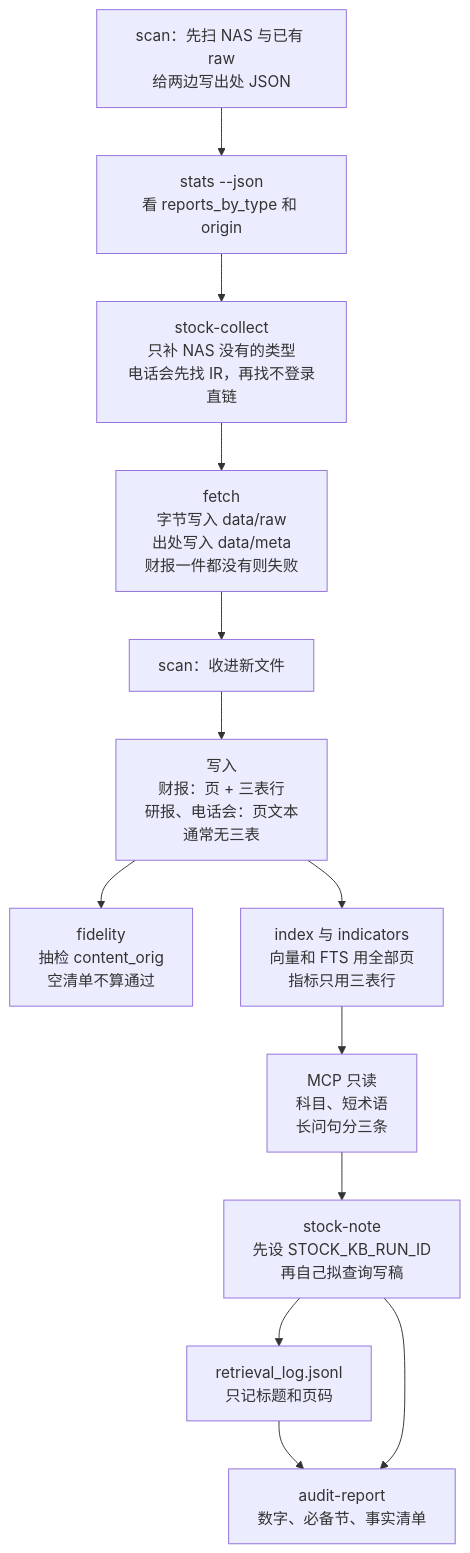
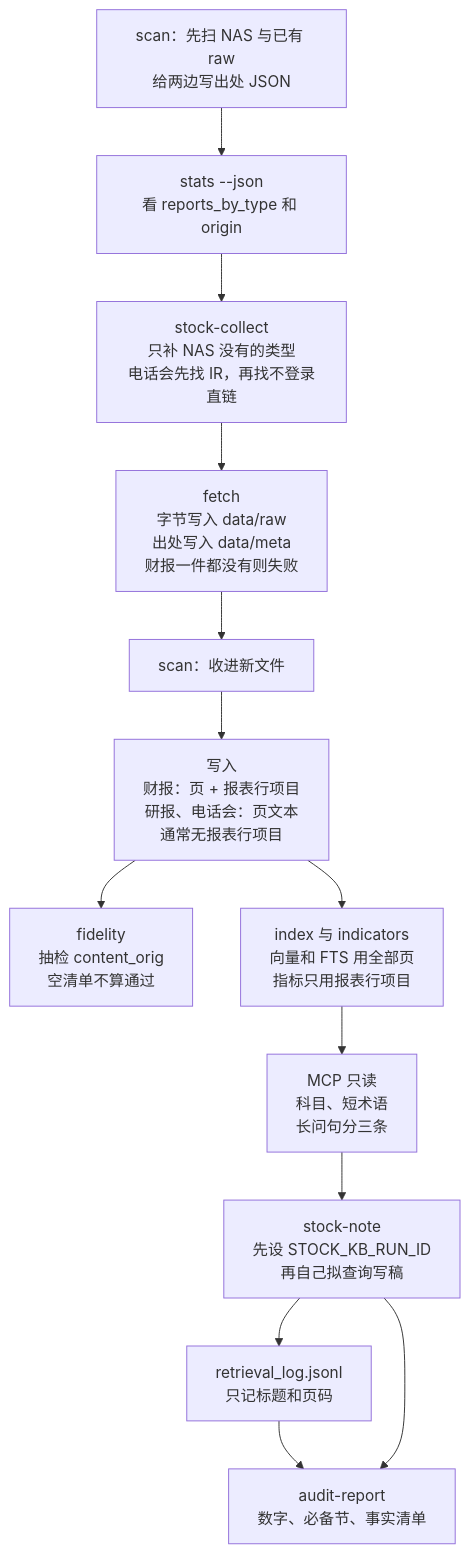
One commit to lyfxxxx/stock-kb changed the second of 5 diagrams in docs/report-system.md. Above: the diagram before and after it, drawn with Mermaid. The commit also changed other lines of this file and 13 other files, not shown here.

First line of the commit message:
feat(eval): 回归门禁扩至 15 项，按查询意图分派融合权重与重排

````diff
--- a/docs/report-system.md
+++ b/docs/report-system.md
@@ -73,20 +73,20 @@
 ```mermaid
 flowchart TB
   scanNas[scan：先扫 NAS 与已有 raw<br/>给两边写出处 JSON]
   stats[stats --json<br/>看 reports_by_type 和 origin]
   collect[stock-collect<br/>只补 NAS 没有的类型<br/>电话会先找 IR，再找不登录直链]
   fetch[fetch<br/>字节写入 data/raw<br/>出处写入 data/meta<br/>财报一件都没有则失败]
   scanIn[scan：收进新文件]
-  store[写入<br/>财报：页 + 三表行<br/>研报、电话会：页文本<br/>通常无三表]
+  store[写入<br/>财报：页 + 报表行项目<br/>研报、电话会：页文本<br/>通常无报表行项目]
   fid[fidelity<br/>抽检 content_orig<br/>空清单不算通过]
-  index[index 与 indicators<br/>向量和 FTS 用全部页<br/>指标只用三表行]
+  index[index 与 indicators<br/>向量和 FTS 用全部页<br/>指标只用报表行项目]
   mcp[MCP 只读<br/>科目、短术语<br/>长问句分三条]
   draft[stock-note<br/>先设 STOCK_KB_RUN_ID<br/>再自己拟查询写稿]
   qlog[retrieval_log.jsonl<br/>只记标题和页码]
   audit[audit-report<br/>数字、必备节、事实清单]
   scanNas --> stats --> collect --> fetch --> scanIn --> store
   store --> fid
   store --> index --> mcp --> draft
   draft --> qlog --> audit
   draft --> audit
 ```
````
